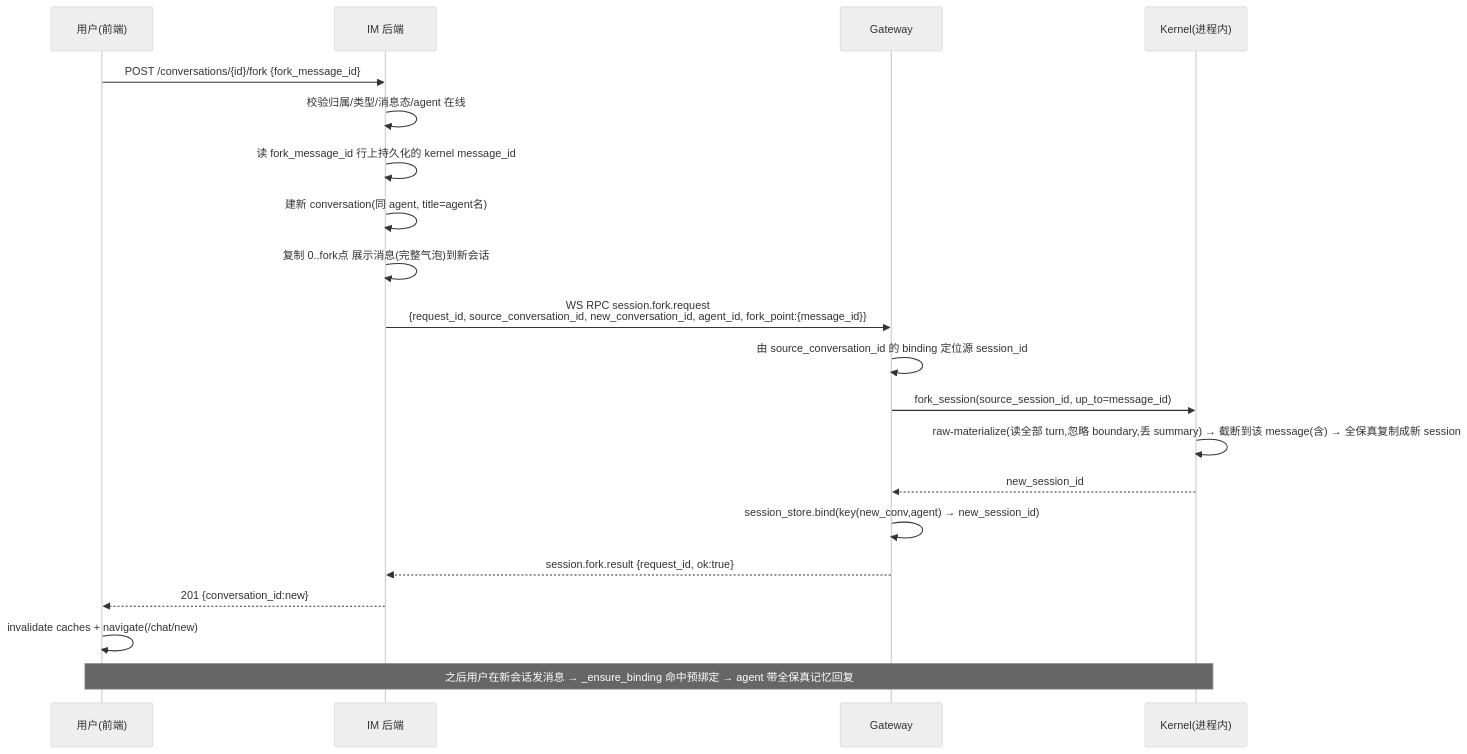
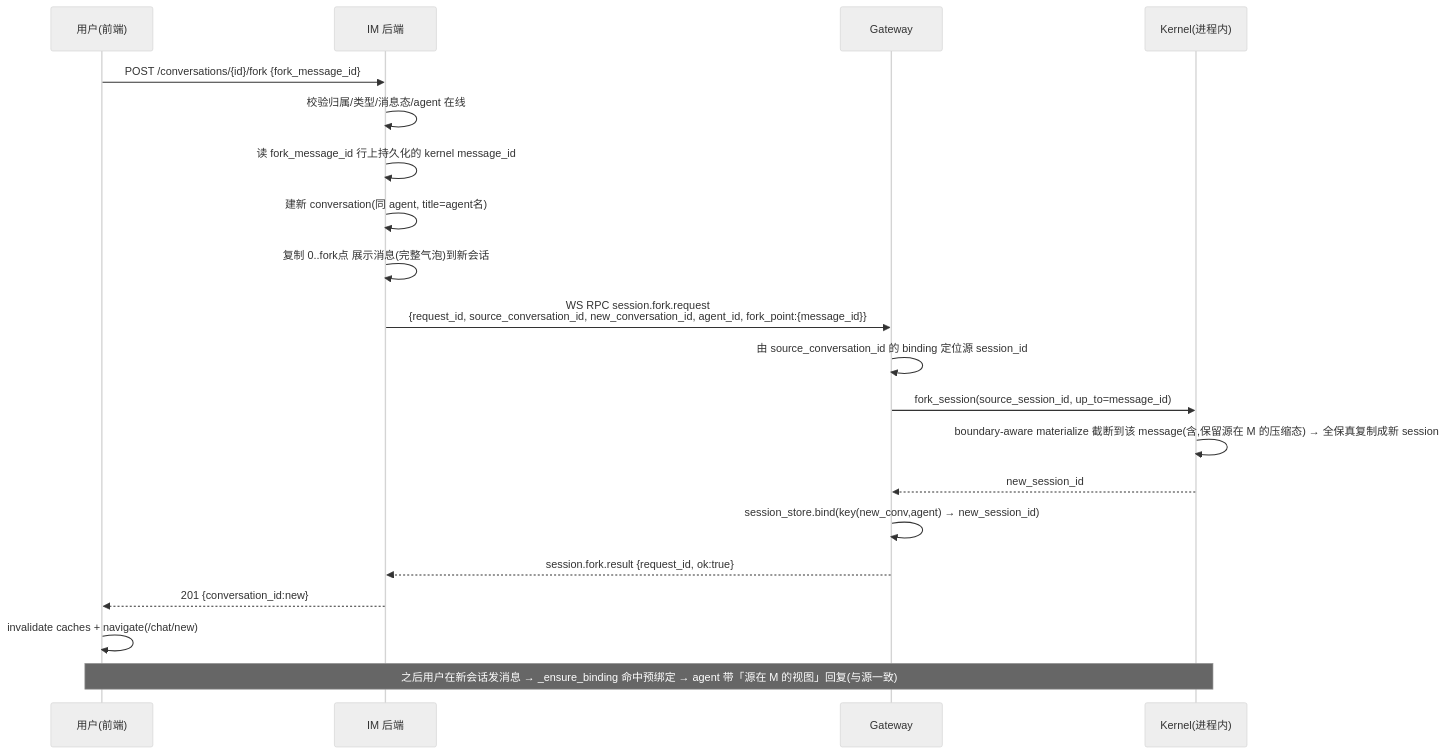
The second of 2 diagrams in docs/changes/feat-445-message-fork-branch/design.md (Mrchen116/nano-multiagent), drawn with Mermaid (neutral theme) before and after one commit. The commit also changed other lines of this file and 2 other files, not shown here.

````diff
--- a/docs/changes/feat-445-message-fork-branch/design.md
+++ b/docs/changes/feat-445-message-fork-branch/design.md
@@ -175,23 +180,23 @@
 ```mermaid
 sequenceDiagram
   participant U as 用户(前端)
   participant IM as IM 后端
   participant GW as Gateway
   participant K as Kernel(进程内)
 
   U->>IM: POST /conversations/{id}/fork {fork_message_id}
   IM->>IM: 校验归属/类型/消息态/agent 在线
   IM->>IM: 读 fork_message_id 行上持久化的 kernel message_id
   IM->>IM: 建新 conversation(同 agent, title=agent名)
   IM->>IM: 复制 0..fork点 展示消息(完整气泡)到新会话
   IM->>GW: WS RPC session.fork.request<br/>{request_id, source_conversation_id, new_conversation_id, agent_id, fork_point:{message_id}}
   GW->>GW: 由 source_conversation_id 的 binding 定位源 session_id
   GW->>K: fork_session(source_session_id, up_to=message_id)
-  K->>K: raw-materialize(读全部 turn,忽略 boundary,丢 summary) → 截断到该 message(含) → 全保真复制成新 session
+  K->>K: boundary-aware materialize 截断到该 message(含,保留源在 M 的压缩态) → 全保真复制成新 session
   K-->>GW: new_session_id
   GW->>GW: session_store.bind(key(new_conv,agent) → new_session_id)
   GW-->>IM: session.fork.result {request_id, ok:true}
   IM-->>U: 201 {conversation_id:new}
   U->>U: invalidate caches + navigate(/chat/new)
-  Note over U,K: 之后用户在新会话发消息 → _ensure_binding 命中预绑定 → agent 带全保真记忆回复
+  Note over U,K: 之后用户在新会话发消息 → _ensure_binding 命中预绑定 → agent 带「源在 M 的视图」回复(与源一致)
 ```
````
